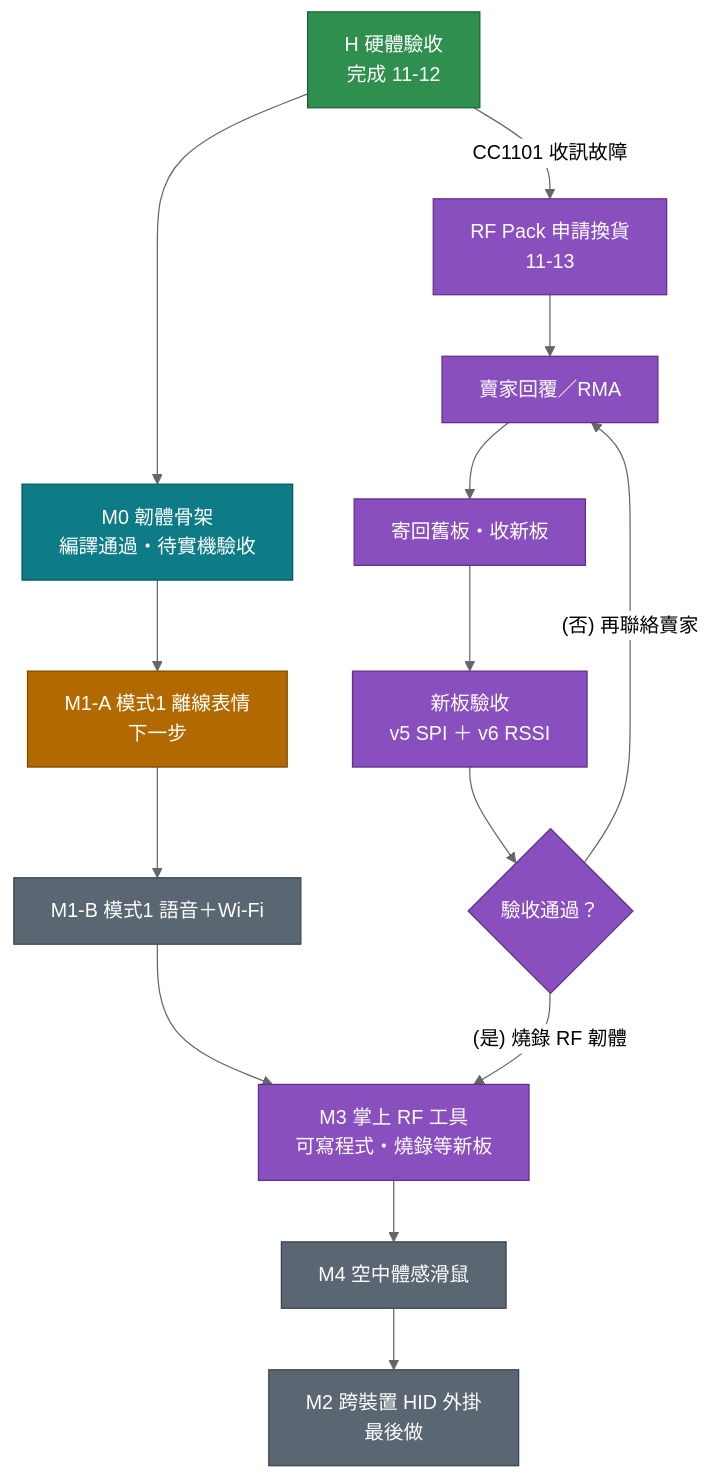
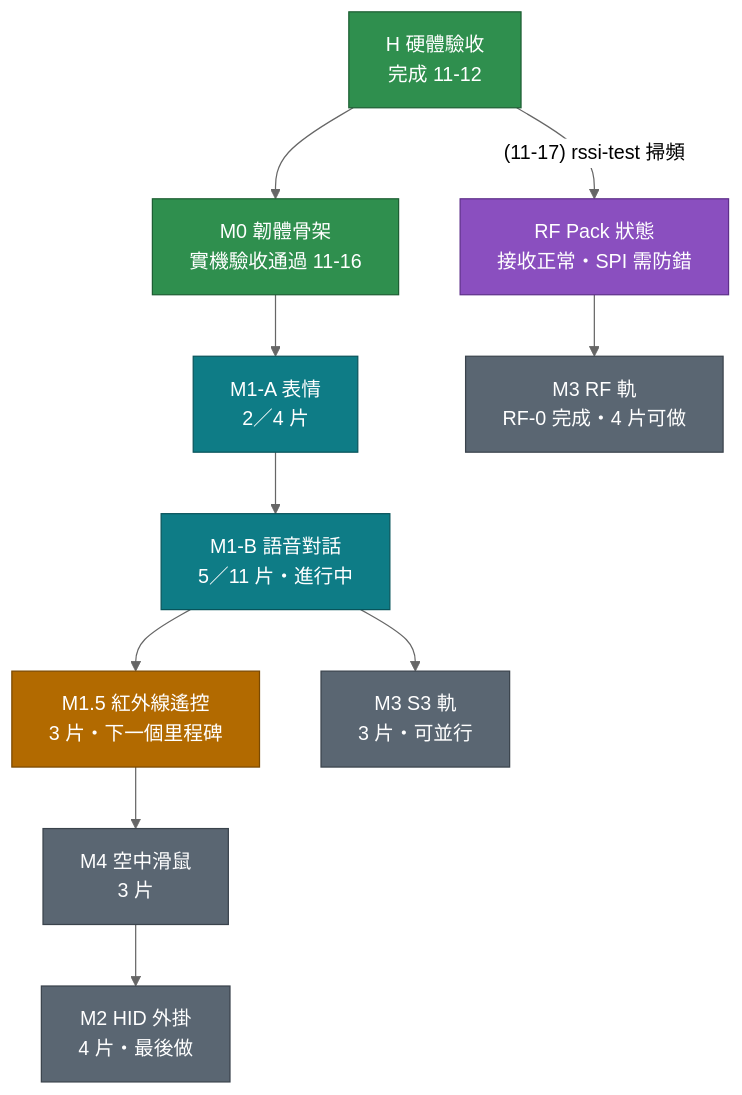
Before and after one commit to MilesYP/m5sticks3: the first of 2 diagrams in docs/StickS3 執行計劃.md, drawn with Mermaid (neutral theme). The commit also changed other lines of this file and 7 other files, not shown here.

````diff
--- a/docs/StickS3 執行計劃.md
+++ b/docs/StickS3 執行計劃.md
@@ -29,31 +29,28 @@
 ```mermaid
 flowchart TD
     H["H 硬體驗收<br>完成 11-12"]
-    M0["M0 韌體骨架<br>編譯通過・待實機驗收"]
-    M1A["M1-A 模式1 離線表情<br>下一步"]
-    M1B["M1-B 模式1 語音＋Wi-Fi"]
-    M3["M3 掌上 RF 工具<br>可寫程式・燒錄等新板"]
-    M4["M4 空中體感滑鼠"]
-    M2["M2 跨裝置 HID 外掛<br>最後做"]
-    R1["RF Pack 申請換貨<br>11-13"]
-    R2["賣家回覆／RMA"]
-    R3["寄回舊板・收新板"]
-    R4["新板驗收<br>v5 SPI ＋ v6 RSSI"]
-    G{"驗收通過？"}
+    M0["M0 韌體骨架<br>實機驗收通過 11-16"]
+    M1A["M1-A 表情<br>2／4 片"]
+    M1B["M1-B 語音對話<br>5／11 片・進行中"]
+    M15["M1.5 紅外線遙控<br>3 片・下一個里程碑"]
+    M4["M4 空中滑鼠<br>3 片"]
+    M2["M2 HID 外掛<br>4 片・最後做"]
+    M3S["M3 S3 軌<br>3 片・可並行"]
+    M3R["M3 RF 軌<br>RF-0 完成・4 片可做"]
+    RS["RF Pack 狀態<br>接收正常・SPI 需防錯"]
 
-    H --> M0 --> M1A --> M1B --> M3 --> M4 --> M2
-    H -->|"CC1101 收訊故障"| R1 --> R2 --> R3 --> R4 --> G
-    G -->|"(是) 燒錄 RF 韌體"| M3
-    G -->|"(否) 再聯絡賣家"| R2
+    H --> M0 --> M1A --> M1B --> M15 --> M4 --> M2
+    M1B --> M3S
+    H -->|"(11-17) rssi-test 掃頻"| RS --> M3R
 
     classDef done fill:#2f8f4e,color:#ffffff,stroke:#1d5e33
     classDef doing fill:#0e7c86,color:#ffffff,stroke:#08545b
     classDef next fill:#b26a00,color:#ffffff,stroke:#7a4900
     classDef todo fill:#5a6672,color:#ffffff,stroke:#3a434c
     classDef gate fill:#8a4fbf,color:#ffffff,stroke:#5e2f8a
-    class H done
-    class M0 doing
-    class M1A next
-    class M1B,M4,M2 todo
-    class M3,R1,R2,R3,R4,G gate
+    class H,M0 done
+    class M1A,M1B doing
+    class M15 next
+    class M4,M2,M3S,M3R todo
+    class RS gate
 ```
````
